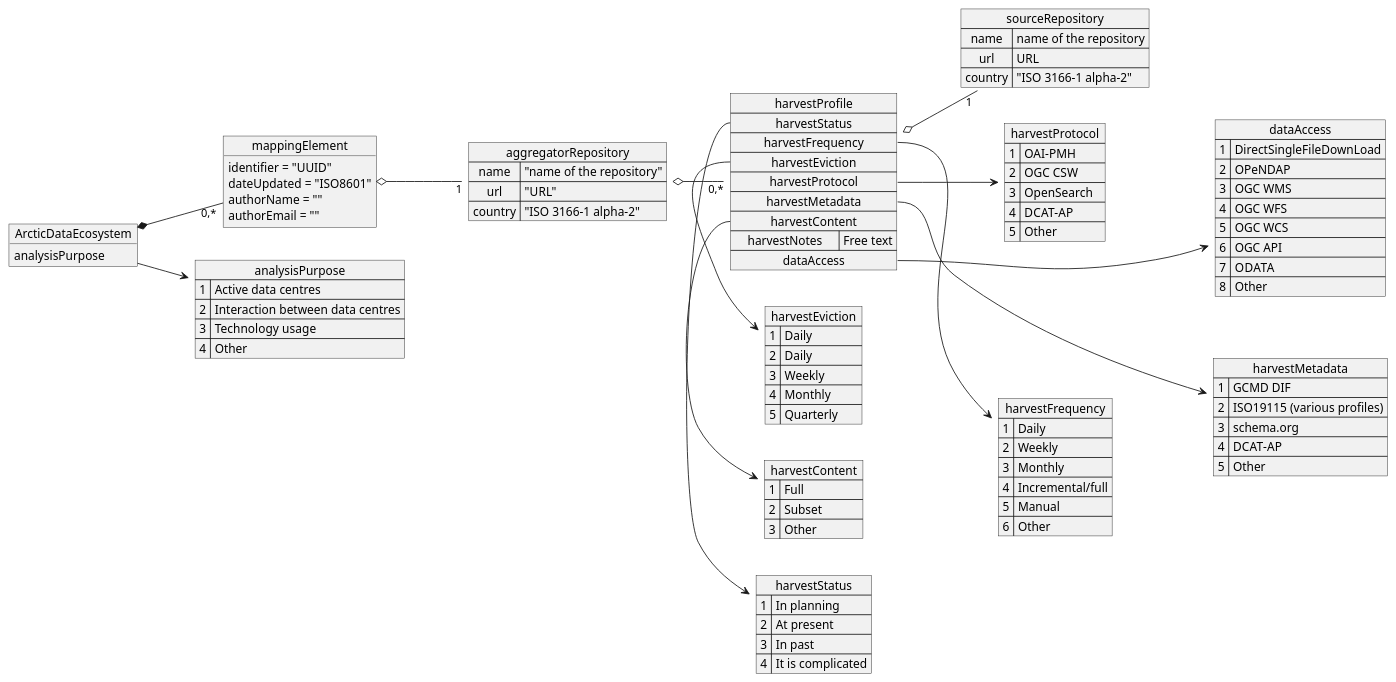
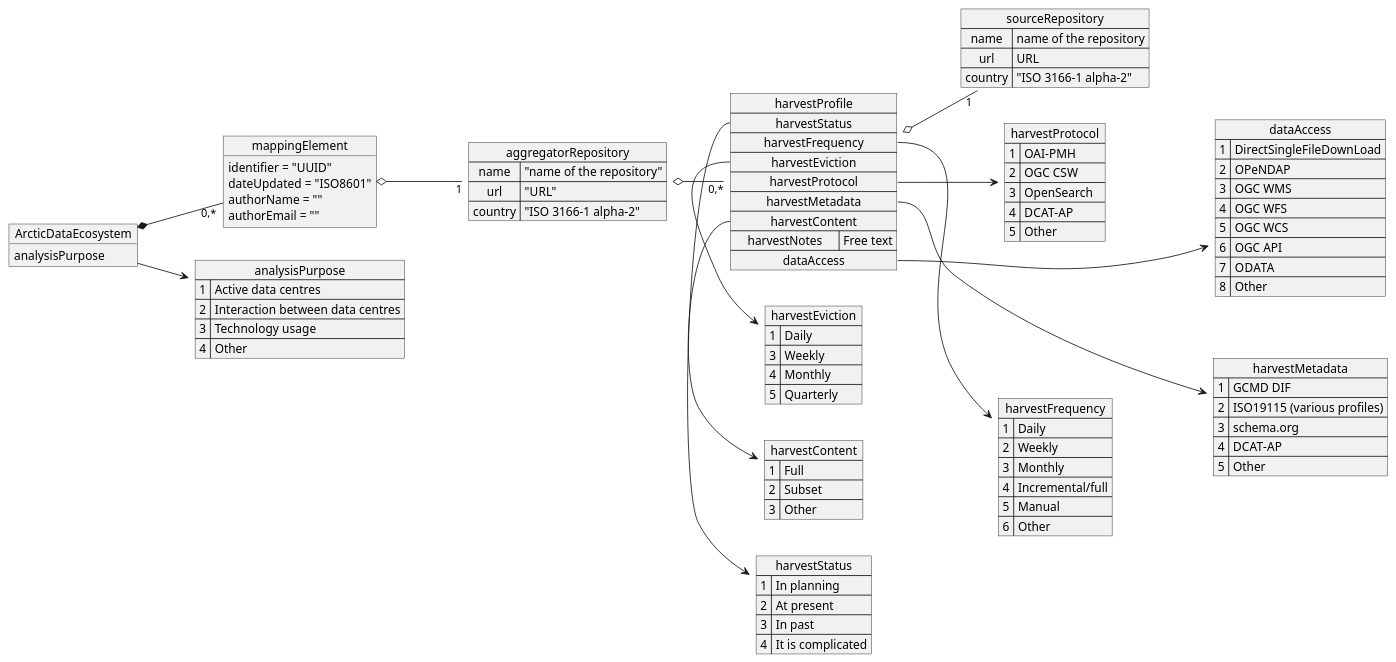
Before and after one commit to POLDER-Crew/PDEMDataModel: the diagram in doc/diagrams/ArcticDataMapping.puml, drawn with PlantUML.

Commit message:
remove dup

```diff
--- a/doc/diagrams/ArcticDataMapping.puml
+++ b/doc/diagrams/ArcticDataMapping.puml
@@ -1,116 +1,115 @@
 @startuml
 
 skinparam monochrome true
 left to right direction
 
 object "ArcticDataEcosystem" as ade {
     analysisPurpose 
 }
 
 map "analysisPurpose" as pu {
 1 => Active data centres
 2 => Interaction between data centres
 3 => Technology usage
 4 => Other
 }
 
 ade --> pu
 
 object "mappingElement" as me {
     identifier = "UUID"
     dateUpdated = "ISO8601"
     authorName = ""
     authorEmail = ""
 }
 
 map "aggregatorRepository" as agg {
     name => "name of the repository"
     url => "URL"
     country => "ISO 3166-1 alpha-2"
 }
 
 map "harvestStatus" as hs {
     1 => In planning
     2 => At present
     3 => In past
     4 => It is complicated
 }
 
 map "harvestFrequency" as hf {
     1 => Daily
     2 => Weekly
     3 => Monthly
     4 => Incremental/full
     5 => Manual
     6 => Other
 }
 
 map "harvestEviction" as he {
     1 => Daily
-    2 => Daily
     3 => Weekly
     4 => Monthly
     5 => Quarterly
 }
 
 map "harvestProtocol" as hp {
     1 => OAI-PMH
     2 => OGC CSW
     3 => OpenSearch
     4 => DCAT-AP
     5 => Other
 }
 
 map "harvestMetadata" as hm {
     1 => GCMD DIF
     2 => ISO19115 (various profiles)
     3 => schema.org
     4 => DCAT-AP
     5 => Other
 }
 
 map "harvestContent" as hc {
     1 => Full
     2 => Subset
     3 => Other
 }
 
 map "dataAccess" as da {
     1 => DirectSingleFileDownLoad
     2 => OPeNDAP
     3 => OGC WMS
     4 => OGC WFS
     5 => OGC WCS
     6 => OGC API
     7 => ODATA
     8 => Other
 }
 
 map "harvestProfile" as hpf {
     harvestStatus *-> hs
     harvestFrequency *-> hf
     harvestEviction *-> he
     harvestProtocol *-> hp
     harvestMetadata *-> hm
     harvestContent *-> hc
     harvestNotes => Free text
     dataAccess *-> da 
 }
 
 map "sourceRepository" as src {
     name => name of the repository
     url => URL
     country => "ISO 3166-1 alpha-2"
 }
 
 ade *-- "0,*" me
 me o-- "1" agg
 hpf o-- "1" src
 agg o-- "0,*" hpf
 
 hs -[hidden]d- hf
 hf -[hidden]d- hm
 hc -[hidden]d- hp
 hp -[hidden]d- da
 
 @enduml
```
